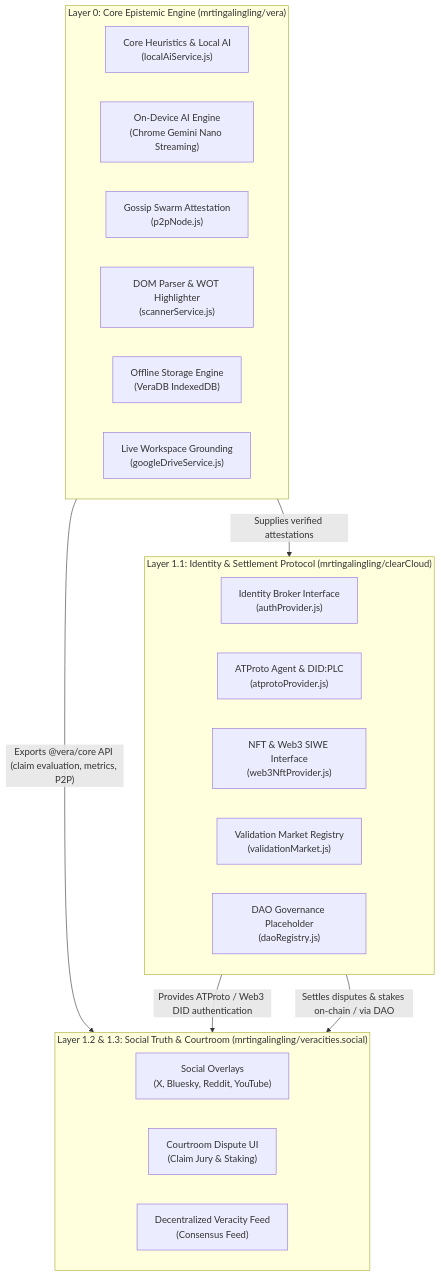
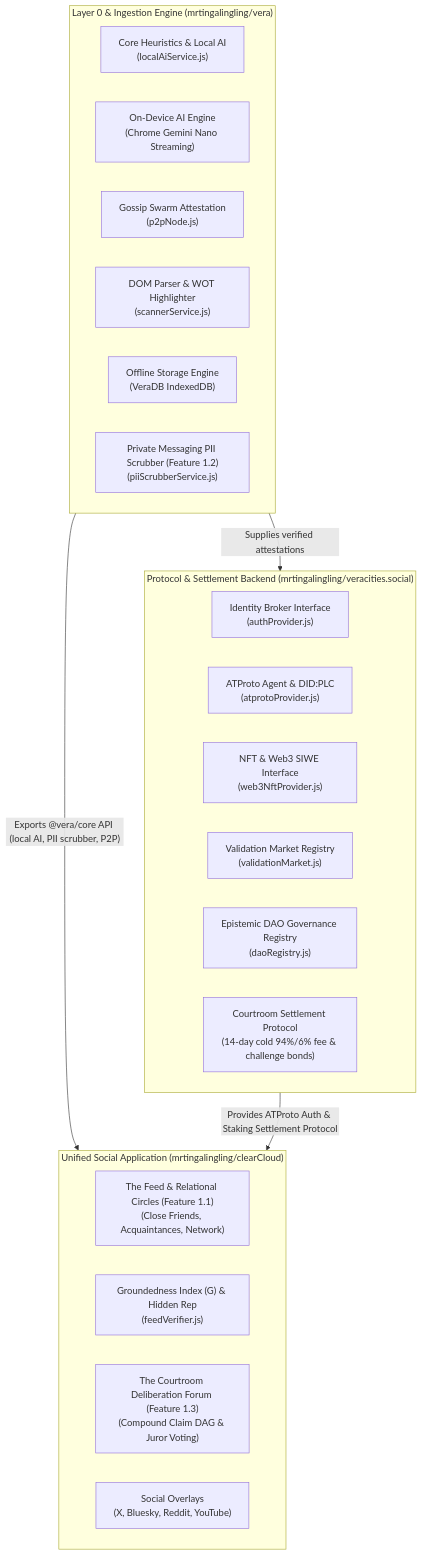
The diagram in docs/architecture.md (mrtingalingling/vera), drawn with Mermaid before and after one commit. The commit also changed other lines of this file and 3 other files, not shown here.

Commit message:
feat: Add Feature 1.2 PII Scrubber to vera core and update ecosystem architecture

````diff
--- a/docs/architecture.md
+++ b/docs/architecture.md
@@ -7,31 +7,32 @@
 ```mermaid
 graph TD
-    subgraph Layer0 ["Layer 0: Core Epistemic Engine (mrtingalingling/vera)"]
+    subgraph Layer0 ["Layer 0 & Ingestion Engine (mrtingalingling/vera)"]
         V_Engine["Core Heuristics & Local AI<br/>(localAiService.js)"]
         V_Nano["On-Device AI Engine<br/>(Chrome Gemini Nano Streaming)"]
         V_P2P["Gossip Swarm Attestation<br/>(p2pNode.js)"]
         V_DOM["DOM Parser & WOT Highlighter<br/>(scannerService.js)"]
         V_DB["Offline Storage Engine<br/>(VeraDB IndexedDB)"]
-        V_Drive["Live Workspace Grounding<br/>(googleDriveService.js)"]
+        V_Scrub["Private Messaging PII Scrubber (Feature 1.2)<br/>(piiScrubberService.js)"]
     end
 
-    subgraph Layer1_1 ["Layer 1.1: Identity & Settlement Protocol (mrtingalingling/clearCloud)"]
-        C_Auth["Identity Broker Interface<br/>(authProvider.js)"]
-        C_ATProto["ATProto Agent & DID:PLC<br/>(atprotoProvider.js)"]
-        C_Web3["NFT & Web3 SIWE Interface<br/>(web3NftProvider.js)"]
-        C_Market["Validation Market Registry<br/>(validationMarket.js)"]
-        C_DAO["DAO Governance Placeholder<br/>(daoRegistry.js)"]
+    subgraph LayerProtocol ["Protocol & Settlement Backend (mrtingalingling/veracities.social)"]
+        P_Auth["Identity Broker Interface<br/>(authProvider.js)"]
+        P_ATProto["ATProto Agent & DID:PLC<br/>(atprotoProvider.js)"]
+        P_Web3["NFT & Web3 SIWE Interface<br/>(web3NftProvider.js)"]
+        P_Market["Validation Market Registry<br/>(validationMarket.js)"]
+        P_DAO["Epistemic DAO Governance Registry<br/>(daoRegistry.js)"]
+        P_Settle["Courtroom Settlement Protocol<br/>(14-day cold 94%/6% fee & challenge bonds)"]
     end
 
-    subgraph Layer1_2_3 ["Layer 1.2 & 1.3: Social Truth & Courtroom (mrtingalingling/veracities.social)"]
-        S_Overlay["Social Overlays<br/>(X, Bluesky, Reddit, YouTube)"]
-        S_Court["Courtroom Dispute UI<br/>(Claim Jury & Staking)"]
-        S_Feed["Decentralized Veracity Feed<br/>(Consensus Feed)"]
+    subgraph LayerApp ["Unified Social Application (mrtingalingling/clearCloud)"]
+        A_Feed["The Feed & Relational Circles (Feature 1.1)<br/>(Close Friends, Acquaintances, Network)"]
+        A_Grounded["Groundedness Index (G) & Hidden Rep<br/>(feedVerifier.js)"]
+        A_Court["The Courtroom Deliberation Forum (Feature 1.3)<br/>(Compound Claim DAG & Juror Voting)"]
+        A_Overlay["Social Overlays<br/>(X, Bluesky, Reddit, YouTube)"]
     end
 
     %% Cross-Repo Interconnections
-    Layer0 -->|"Exports @vera/core API (claim evaluation, metrics, P2P)"| Layer1_2_3
-    Layer0 -->|"Supplies verified attestations"| Layer1_1
-    Layer1_1 -->|"Provides ATProto / Web3 DID authentication"| Layer1_2_3
-    Layer1_1 -->|"Settles disputes & stakes on-chain / via DAO"| Layer1_2_3
+    Layer0 -->|"Exports @vera/core API (local AI, PII scrubber, P2P)"| LayerApp
+    Layer0 -->|"Supplies verified attestations"| LayerProtocol
+    LayerProtocol -->|"Provides ATProto Auth & Staking Settlement Protocol"| LayerApp
 ```
````
